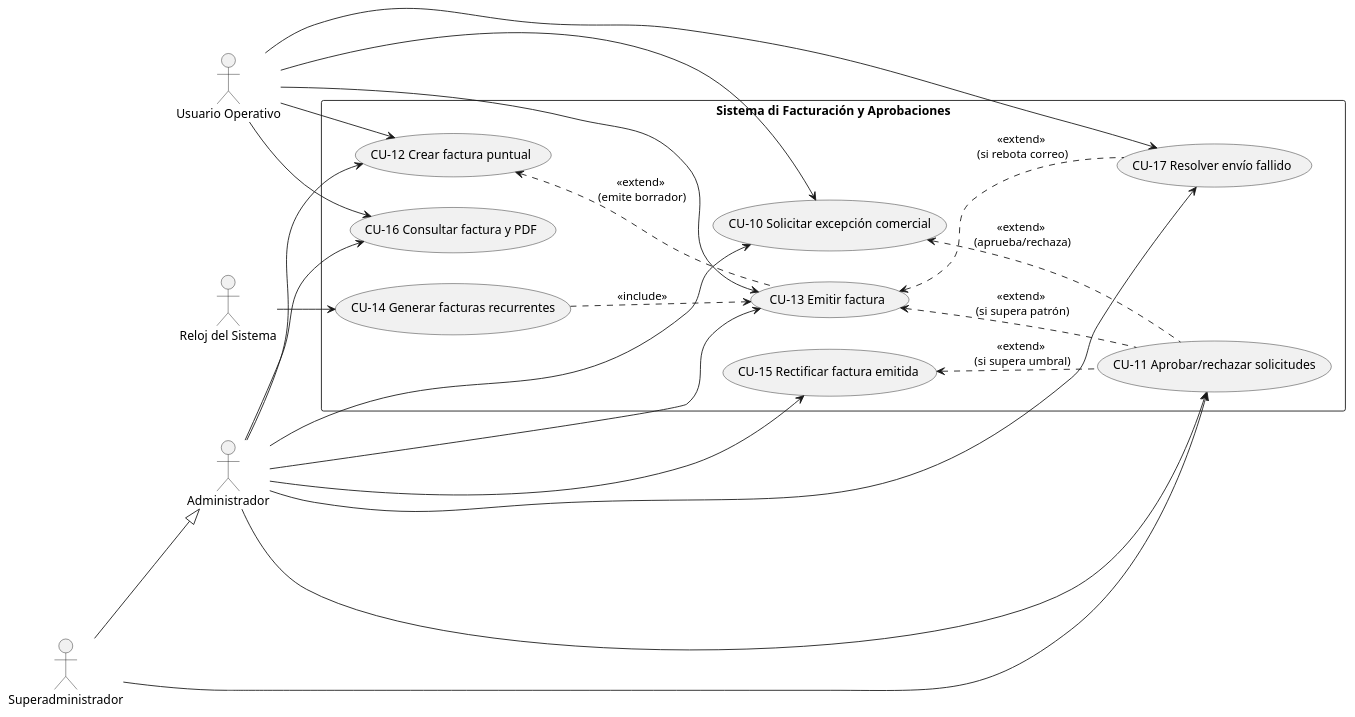
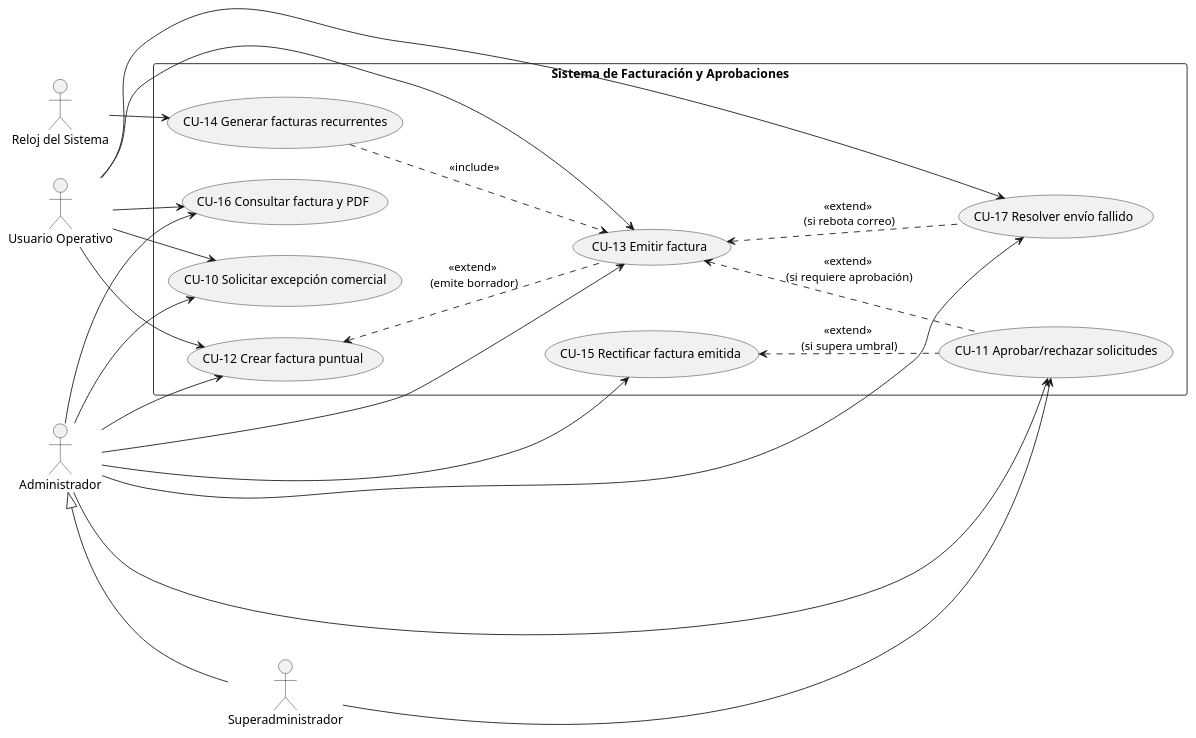
The diagram in Diagrama Facturacion.puml (Vertossse/Elefantes), drawn with PlantUML before and after one commit.

Commit message:
Some changes

```diff
--- a/Diagrama Facturacion.puml
+++ b/Diagrama Facturacion.puml
@@ -1,45 +1,46 @@
 @startuml name Diagrama Facturacion
 left to right direction
 
-actor "Usuario Operativo" as UO
-actor "Administrador" as Admin
-actor "Superadministrador" as SuperAdmin
-actor "Reloj del Sistema" as Reloj
+actor "Usuario Operativo"   as UO
+actor "Administrador"       as Admin
+actor "Superadministrador"  as SuperAdmin
+actor "Reloj del Sistema"   as Reloj
 
-SuperAdmin --|> Admin
+' Relaciones de herencia entre actores
+Admin <|-- SuperAdmin
 
-rectangle "Sistema di Facturación y Aprobaciones" {
+rectangle "Sistema de Facturación y Aprobaciones" {
     usecase "CU-10 Solicitar excepción comercial"   as CU10
     usecase "CU-11 Aprobar/rechazar solicitudes"    as CU11
     usecase "CU-12 Crear factura puntual"           as CU12
     usecase "CU-13 Emitir factura"                  as CU13
     usecase "CU-14 Generar facturas recurrentes"    as CU14
     usecase "CU-15 Rectificar factura emitida"      as CU15
     usecase "CU-16 Consultar factura y PDF"         as CU16
     usecase "CU-17 Resolver envío fallido"          as CU17
 }
 
+' Relaciones de los actores con los casos de uso
 UO --> CU10
 Admin --> CU10
 Admin --> CU11
 SuperAdmin --> CU11
 UO --> CU12
 Admin --> CU12
 UO --> CU13
 Admin --> CU13
 Reloj --> CU14
 Admin --> CU15
 UO --> CU16
 Admin --> CU16
 UO --> CU17
 Admin --> CU17
 
-' Relaciones
+' Relaciones entre los casos de uso
 CU14 ..> CU13 : <<include>>
 CU12 <.. CU13 : <<extend>> \n(emite borrador)
-CU10 <.. CU11 : <<extend>> \n(aprueba/rechaza)
-CU13 <.. CU11 : <<extend>> \n(si supera patrón)
+CU13 <.. CU11 : <<extend>> \n(si requiere aprobación)
 CU15 <.. CU11 : <<extend>> \n(si supera umbral)
 CU13 <.. CU17 : <<extend>> \n(si rebota correo)
 
 @enduml
```
